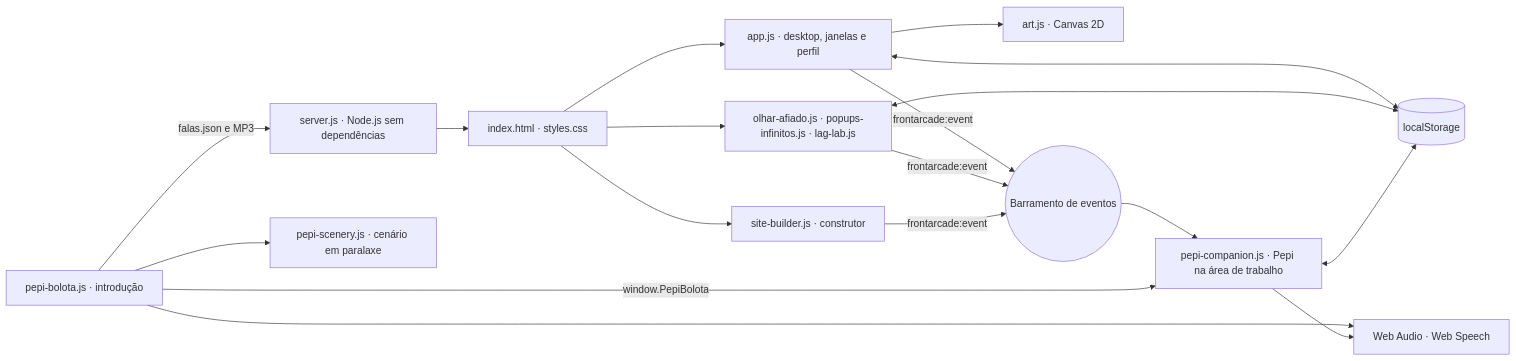
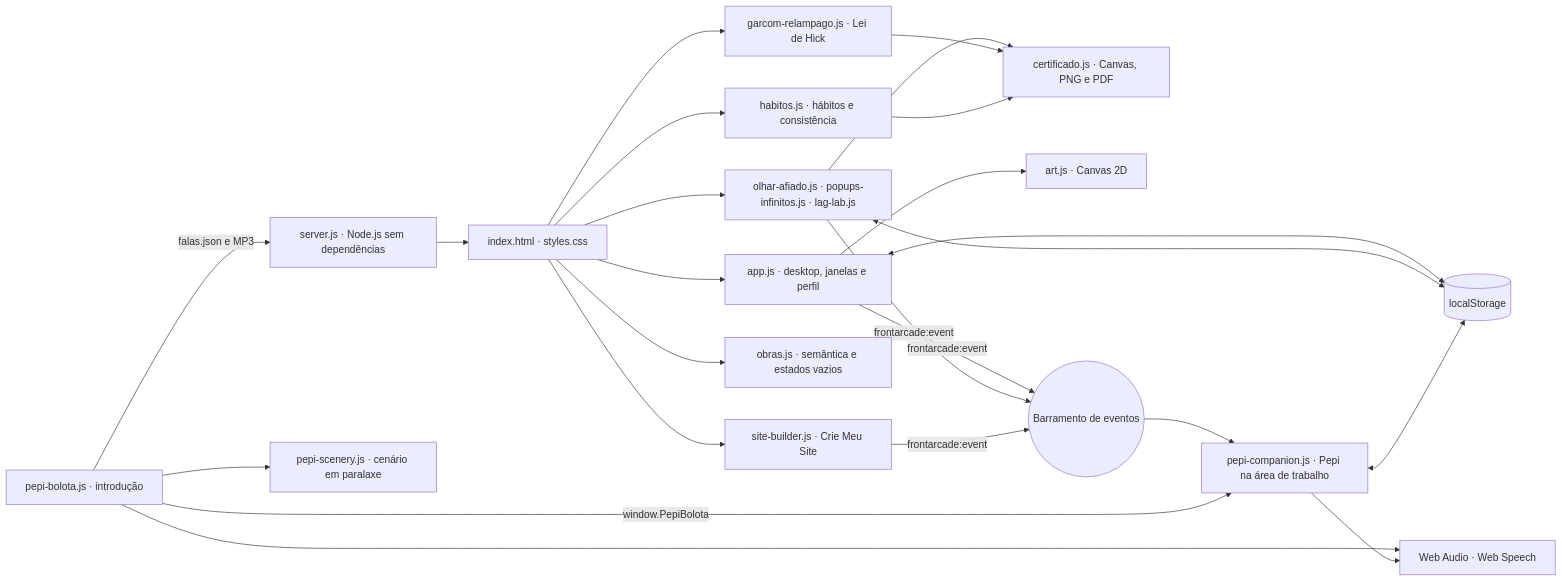
Before and after one commit to Enz0EMCosta/FrontArcade: the diagram in README.md, drawn with Mermaid. The commit also changed other lines of this file, not shown here.

First line of the commit message:
docs(readme): documentar os jogos novos e o Crie Meu Site

````diff
--- a/README.md
+++ b/README.md
@@ -75,20 +87,26 @@
 ```mermaid
 flowchart LR
     HTTP["server.js · Node.js sem dependências"] --> UI["index.html · styles.css"]
     UI --> App["app.js · desktop, janelas e perfil"]
     UI --> Games["olhar-afiado.js · popups-infinitos.js · lag-lab.js"]
-    UI --> Builder["site-builder.js · construtor"]
+    Games --> Certificate["certificado.js · Canvas, PNG e PDF"]
+    UI --> Waiter["garcom-relampago.js · Lei de Hick"]
+    Waiter --> Certificate
+    UI --> Habit["habitos.js · hábitos e consistência"]
+    UI --> Obra["obras.js · semântica e estados vazios"]
+    Habit --> Certificate
+    UI --> Builder["site-builder.js · Crie Meu Site"]
     App --> Art["art.js · Canvas 2D"]
     App -- "frontarcade:event" --> Bus(("Barramento de eventos"))
     Games -- "frontarcade:event" --> Bus
     Builder -- "frontarcade:event" --> Bus
     Bus --> Companion["pepi-companion.js · Pepi na área de trabalho"]
     Intro["pepi-bolota.js · introdução"] -- "window.PepiBolota" --> Companion
     Intro --> Scenery["pepi-scenery.js · cenário em paralaxe"]
     Intro --> Audio["Web Audio · Web Speech"]
     Companion --> Audio
     Intro -->|"falas.json e MP3"| HTTP
     App <--> Storage[("localStorage")]
     Games <--> Storage
     Companion <--> Storage
 ```
````
